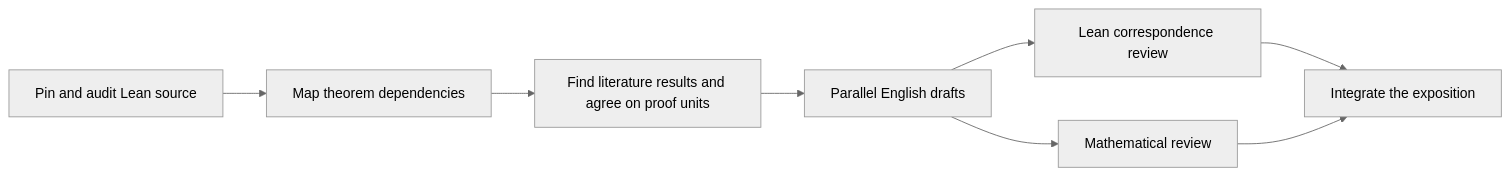
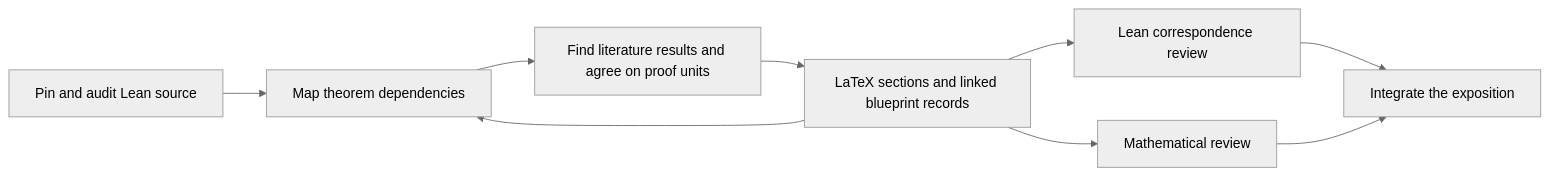
One commit to ADB991/humanise-yang-mills changed the diagram in README.md. Above: the diagram before and after it, drawn with Mermaid (neutral theme). The commit also changed other lines of this file and 37 other files, not shown here.

````diff
--- a/README.md
+++ b/README.md
@@ -40,10 +42,11 @@
 ```mermaid
 flowchart LR
     A[Pin and audit Lean source] --> B[Map theorem dependencies]
     B --> C[Find literature results and agree on proof units]
-    C --> D[Parallel English drafts]
+    C --> D[LaTeX sections and linked blueprint records]
+    D --> B
     D --> E[Lean correspondence review]
     D --> F[Mathematical review]
     E --> G[Integrate the exposition]
     F --> G
 ```
````
